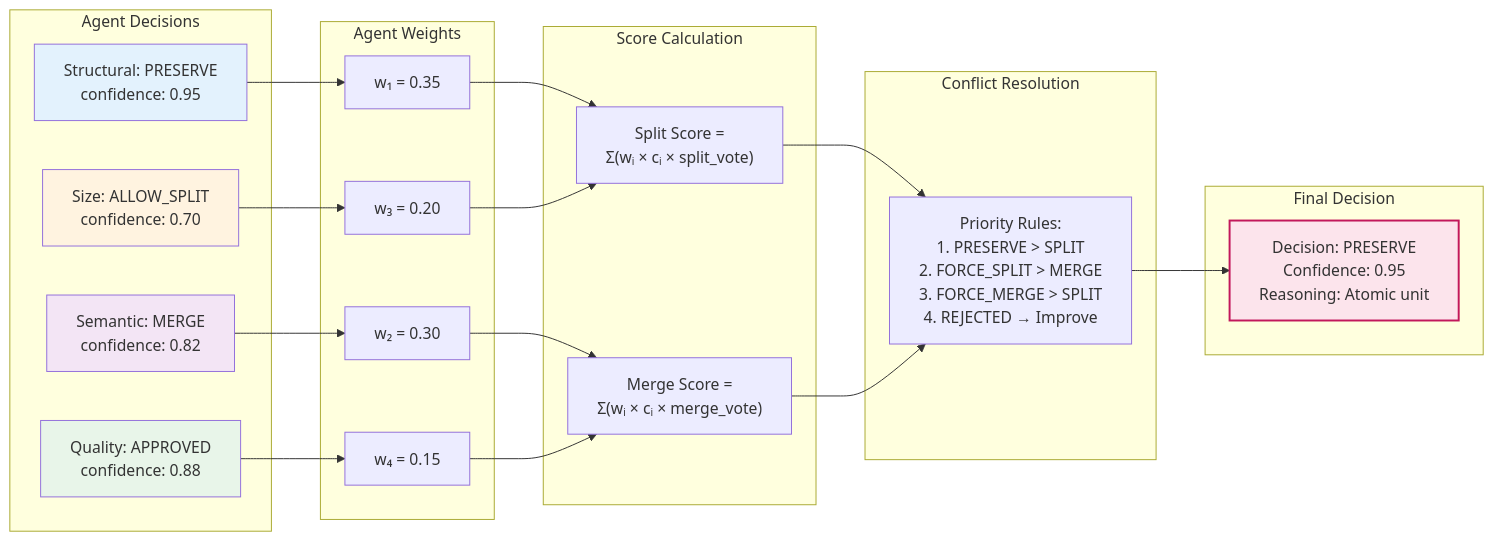
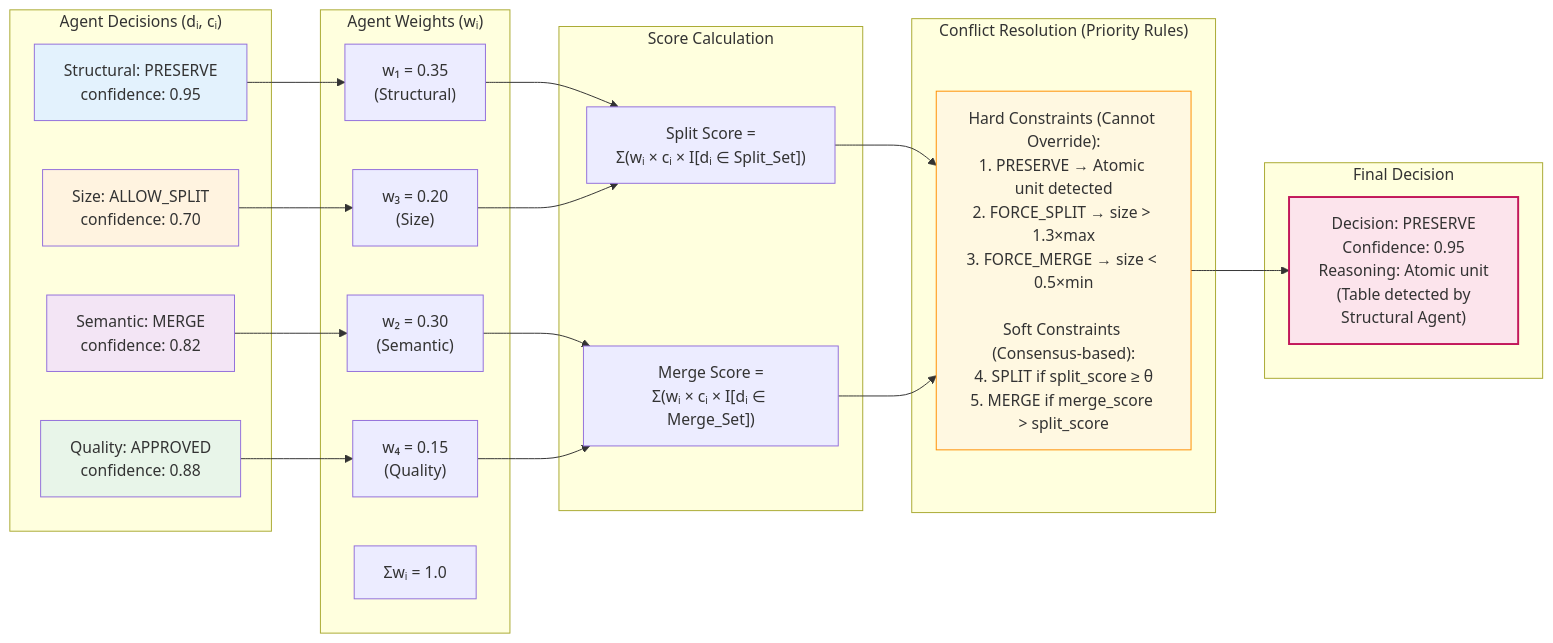
One commit to EngindalgaMaku/ebars changed the first of 2 diagrams in diagrams/03_consensus_mechanism.md. Above: the diagram before and after it, drawn with Mermaid. The commit also changed other lines of this file and 899 other files, not shown here.

````diff
--- a/diagrams/03_consensus_mechanism.md
+++ b/diagrams/03_consensus_mechanism.md
@@ -6,44 +6,46 @@
 ```mermaid
 flowchart LR
-    subgraph Inputs["Agent Decisions"]
+    subgraph Inputs["Agent Decisions (dᵢ, cᵢ)"]
         D1["Structural: PRESERVE\nconfidence: 0.95"]
         D2["Semantic: MERGE\nconfidence: 0.82"]
         D3["Size: ALLOW_SPLIT\nconfidence: 0.70"]
         D4["Quality: APPROVED\nconfidence: 0.88"]
     end
     
-    subgraph Weights["Agent Weights"]
-        W1["w₁ = 0.35"]
-        W2["w₂ = 0.30"]
-        W3["w₃ = 0.20"]
-        W4["w₄ = 0.15"]
+    subgraph Weights["Agent Weights (wᵢ)"]
+        W1["w₁ = 0.35\n(Structural)"]
+        W2["w₂ = 0.30\n(Semantic)"]
+        W3["w₃ = 0.20\n(Size)"]
+        W4["w₄ = 0.15\n(Quality)"]
+        WSUM["Σwᵢ = 1.0"]
     end
     
     subgraph Calculation["Score Calculation"]
-        SPLIT_SCORE["Split Score =\nΣ(wᵢ × cᵢ × split_vote)"]
-        MERGE_SCORE["Merge Score =\nΣ(wᵢ × cᵢ × merge_vote)"]
+        SPLIT_SCORE["Split Score =\nΣ(wᵢ × cᵢ × I[dᵢ ∈ Split_Set])"]
+        MERGE_SCORE["Merge Score =\nΣ(wᵢ × cᵢ × I[dᵢ ∈ Merge_Set])"]
     end
     
-    subgraph Conflict["Conflict Resolution"]
-        CR["Priority Rules:\n1. PRESERVE > SPLIT\n2. FORCE_SPLIT > MERGE\n3. FORCE_MERGE > SPLIT\n4. REJECTED → Improve"]
+    subgraph Conflict["Conflict Resolution (Priority Rules)"]
+        CR["Hard Constraints (Cannot Override):\n1. PRESERVE → Atomic unit detected\n2. FORCE_SPLIT → size > 1.3×max\n3. FORCE_MERGE → size < 0.5×min\n\nSoft Constraints (Consensus-based):\n4. SPLIT if split_score ≥ θ\n5. MERGE if merge_score > split_score"]
     end
     
     subgraph Output["Final Decision"]
-        FINAL["Decision: PRESERVE\nConfidence: 0.95\nReasoning: Atomic unit"]
+        FINAL["Decision: PRESERVE\nConfidence: 0.95\nReasoning: Atomic unit\n(Table detected by\nStructural Agent)"]
     end
     
     D1 --> W1 --> SPLIT_SCORE
     D2 --> W2 --> MERGE_SCORE
     D3 --> W3 --> SPLIT_SCORE
     D4 --> W4 --> MERGE_SCORE
     
     SPLIT_SCORE --> CR
     MERGE_SCORE --> CR
     CR --> FINAL
     
     style D1 fill:#e3f2fd
     style D2 fill:#f3e5f5
     style D3 fill:#fff3e0
     style D4 fill:#e8f5e9
     style FINAL fill:#fce4ec,stroke:#c2185b,stroke-width:2px
+    style CR fill:#fff8e1,stroke:#ff8f00
 ```
````
